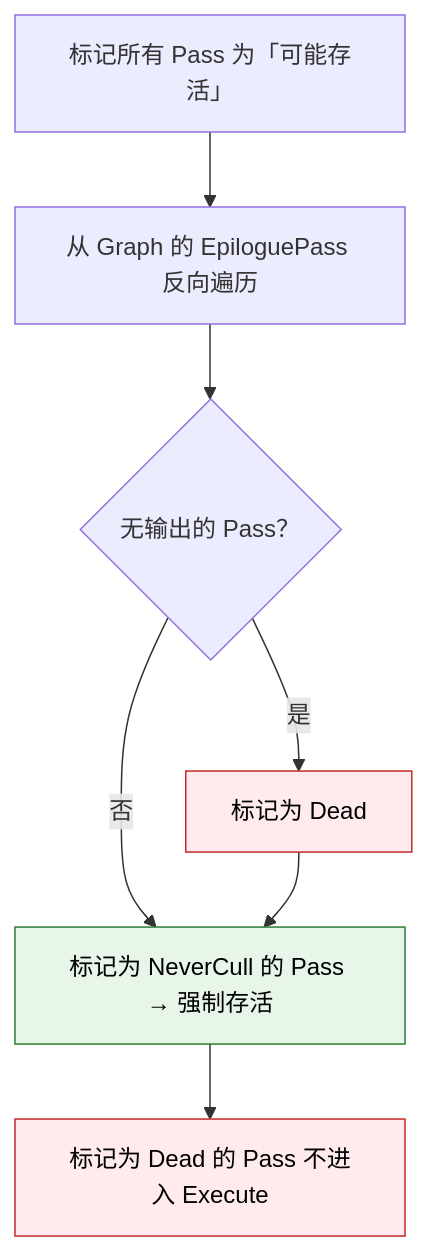
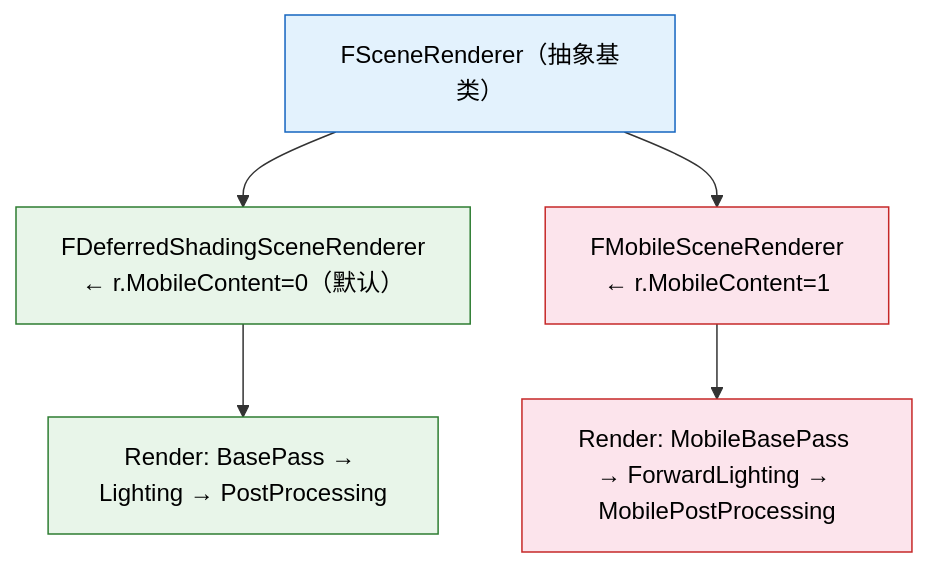
One commit to MotionlessPeri/agent_coding_guidelines changed the third of 7 diagrams in references/ue-rendering/card-01-pipeline-overview.md. Above: the diagram before and after it, drawn with Mermaid. The commit also changed other lines of this file and 8 other files, not shown here.

````diff
--- a/references/ue-rendering/card-01-pipeline-overview.md
+++ b/references/ue-rendering/card-01-pipeline-overview.md
@@ -310,13 +92,17 @@
 ```mermaid
-flowchart TD
-    A["标记所有 Pass 为「可能存活」"] --> B["从 Graph 的 EpiloguePass 反向遍历"]
-    B --> C{"无输出的 Pass？"}
-    C -->|"是"| D["标记为 Dead"]
-    C -->|"否"| E["标记为 NeverCull 的 Pass → 强制存活"]
-    D --> E
-    E --> F["标记为 Dead 的 Pass 不进入 Execute"]
-    classDef dead fill:#ffebee,stroke:#c62828,color:#000
-    classDef alive fill:#e8f5e9,stroke:#2e7d32,color:#000
-    class D,F dead
-    class E alive
+flowchart TB
+    Base["FSceneRenderer（抽象基类）"]
+
+    Base --> Deferred["FDeferredShadingSceneRenderer<br/>← r.MobileContent=0（默认）"]
+    Base --> Mobile["FMobileSceneRenderer<br/>← r.MobileContent=1"]
+
+    Deferred --> DFlow["Render: BasePass → Lighting → PostProcessing"]
+    Mobile --> MFlow["Render: MobileBasePass → ForwardLighting → MobilePostProcessing"]
+
+    classDef base fill:#e3f2fd,stroke:#1565c0,color:#000
+    classDef deferred fill:#e8f5e9,stroke:#2e7d32,color:#000
+    classDef mobile fill:#fce4ec,stroke:#c62828,color:#000
+    class Base base
+    class Deferred,DFlow deferred
+    class Mobile,MFlow mobile
 ```
````
